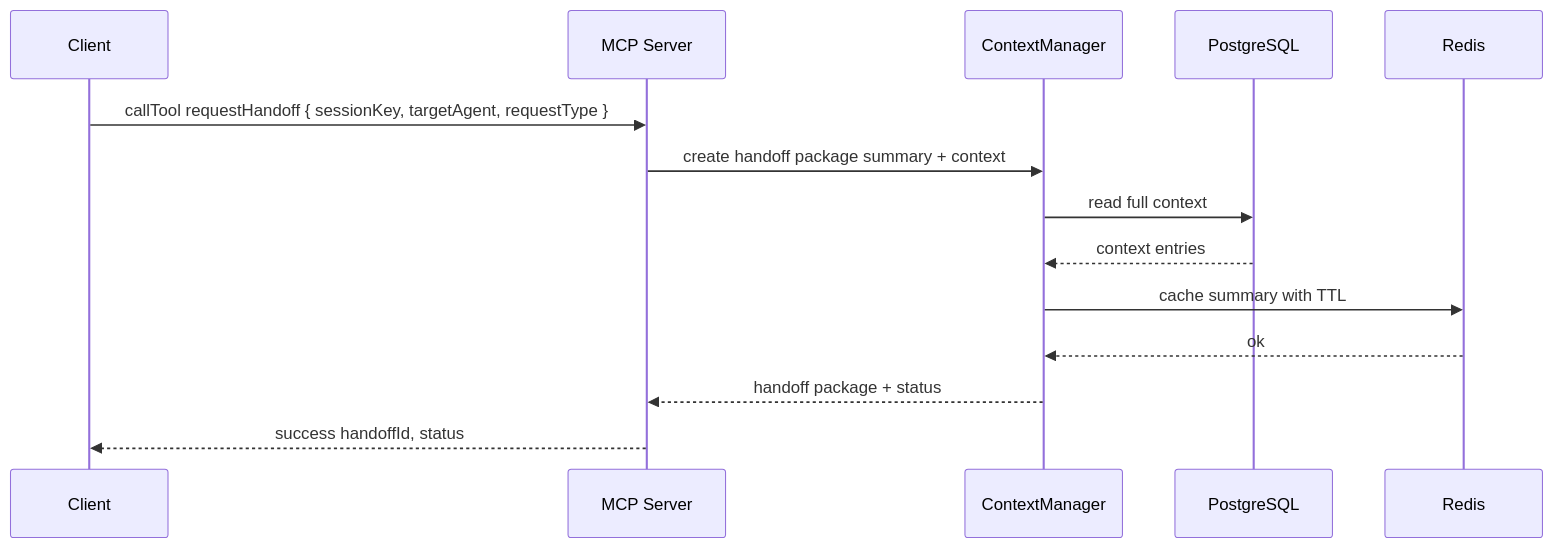
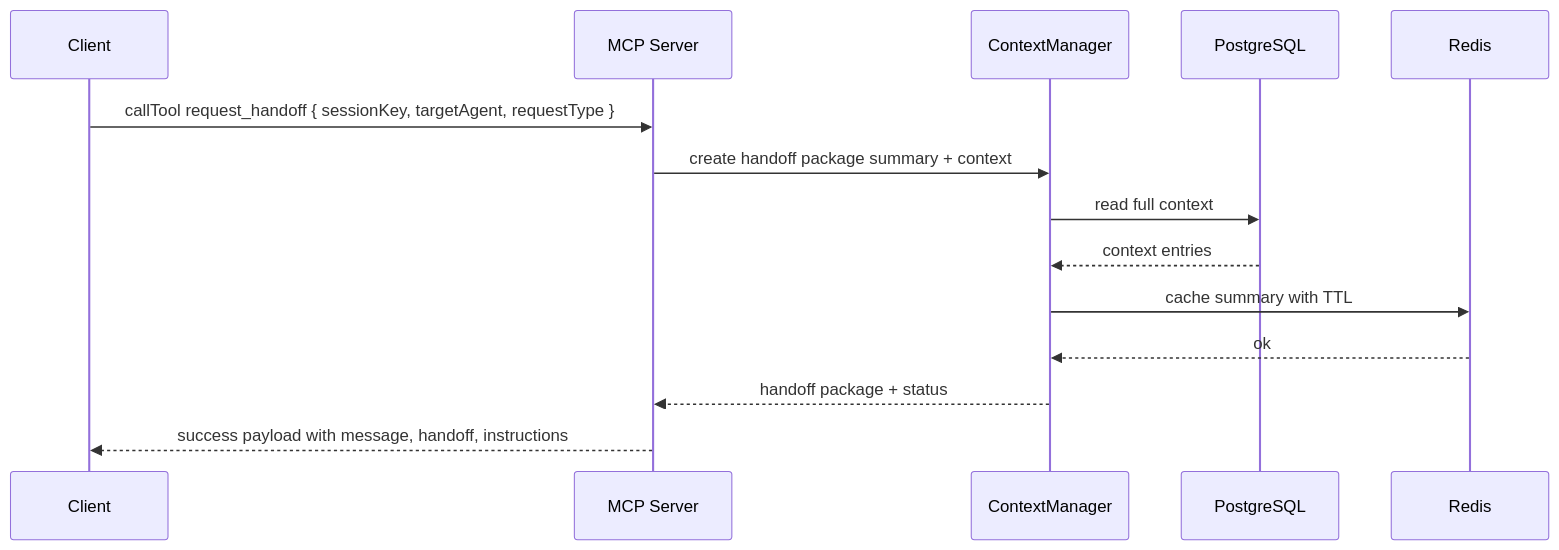
Before and after one commit to ragusa-it/ai-handoff-mcp: the diagram in docs/usage/handoff.md, drawn with Mermaid. The commit also changed other lines of this file and 11 other files, not shown here.

First line of the commit message:
docs: standardize MCP tool names, expand resources and config guides

````diff
--- a/docs/usage/handoff.md
+++ b/docs/usage/handoff.md
@@ -49,17 +73,17 @@
 ```mermaid
 sequenceDiagram
   participant Client
   participant MCP as MCP Server
   participant CM as ContextManager
   participant DB as PostgreSQL
   participant R as Redis
 
-  Client->>MCP: callTool requestHandoff { sessionKey, targetAgent, requestType }
+  Client->>MCP: callTool request_handoff { sessionKey, targetAgent, requestType }
   MCP->>CM: create handoff package summary + context
   CM->>DB: read full context
   DB-->>CM: context entries
   CM->>R: cache summary with TTL
   R-->>CM: ok
   CM-->>MCP: handoff package + status
-  MCP-->>Client: success handoffId, status
+  MCP-->>Client: success payload with message, handoff, instructions
 ```
````
